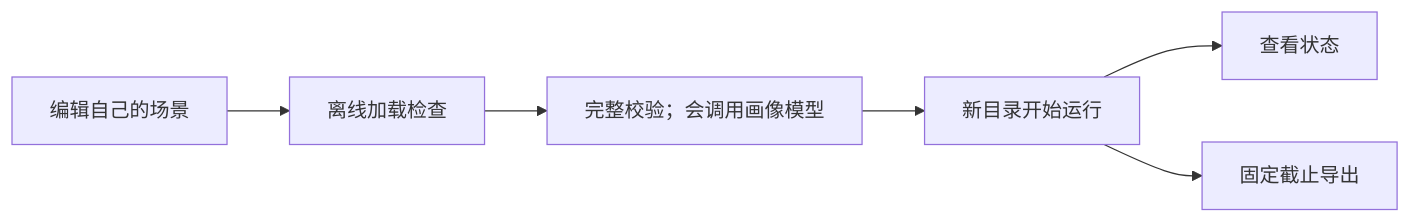
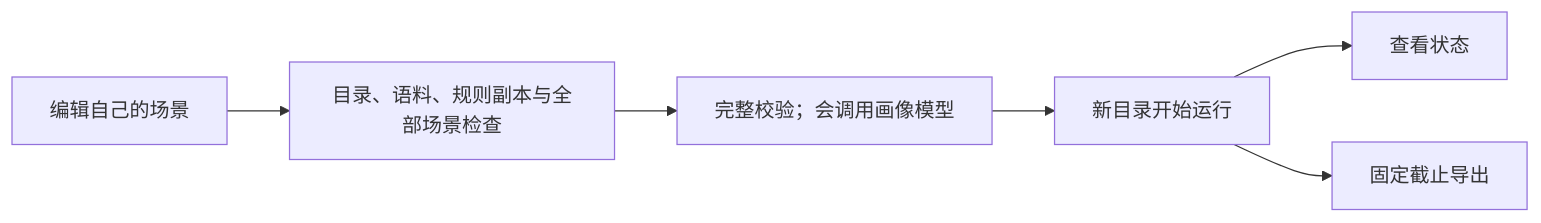
Before and after one commit to HoldThatThgt/WorldMock: the diagram in docs/manual/runtime.md, drawn with Mermaid. The commit also changed other lines of this file and 150 other files, not shown here.

````diff
--- a/docs/manual/runtime.md
+++ b/docs/manual/runtime.md
@@ -145,8 +151,8 @@
 ```mermaid
 flowchart LR
-    CONFIG[编辑自己的场景] --> OFFLINE[离线加载检查]
+    CONFIG[编辑自己的场景] --> OFFLINE[目录、语料、规则副本与全部场景检查]
     OFFLINE --> VALIDATE[完整校验；会调用画像模型]
     VALIDATE --> RUN[新目录开始运行]
     RUN --> STATUS[查看状态]
     RUN --> EXPORT[固定截止导出]
 ```
````
